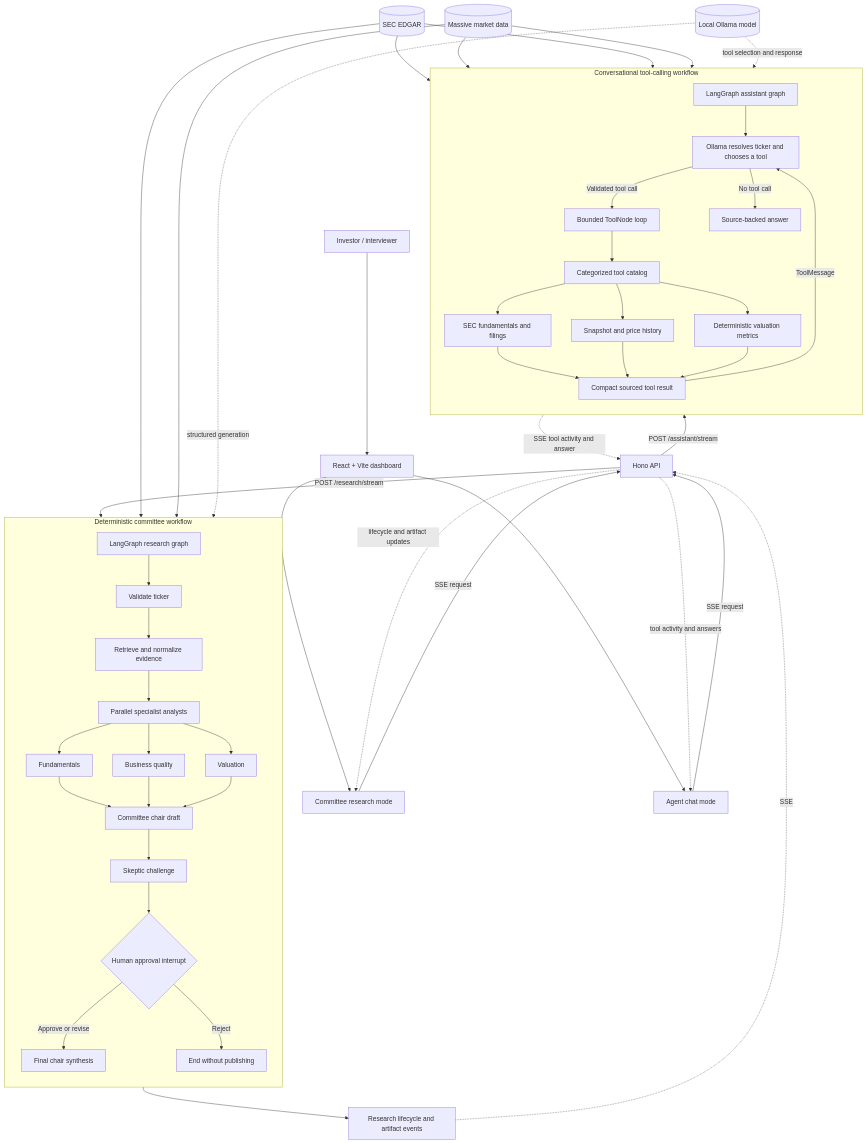
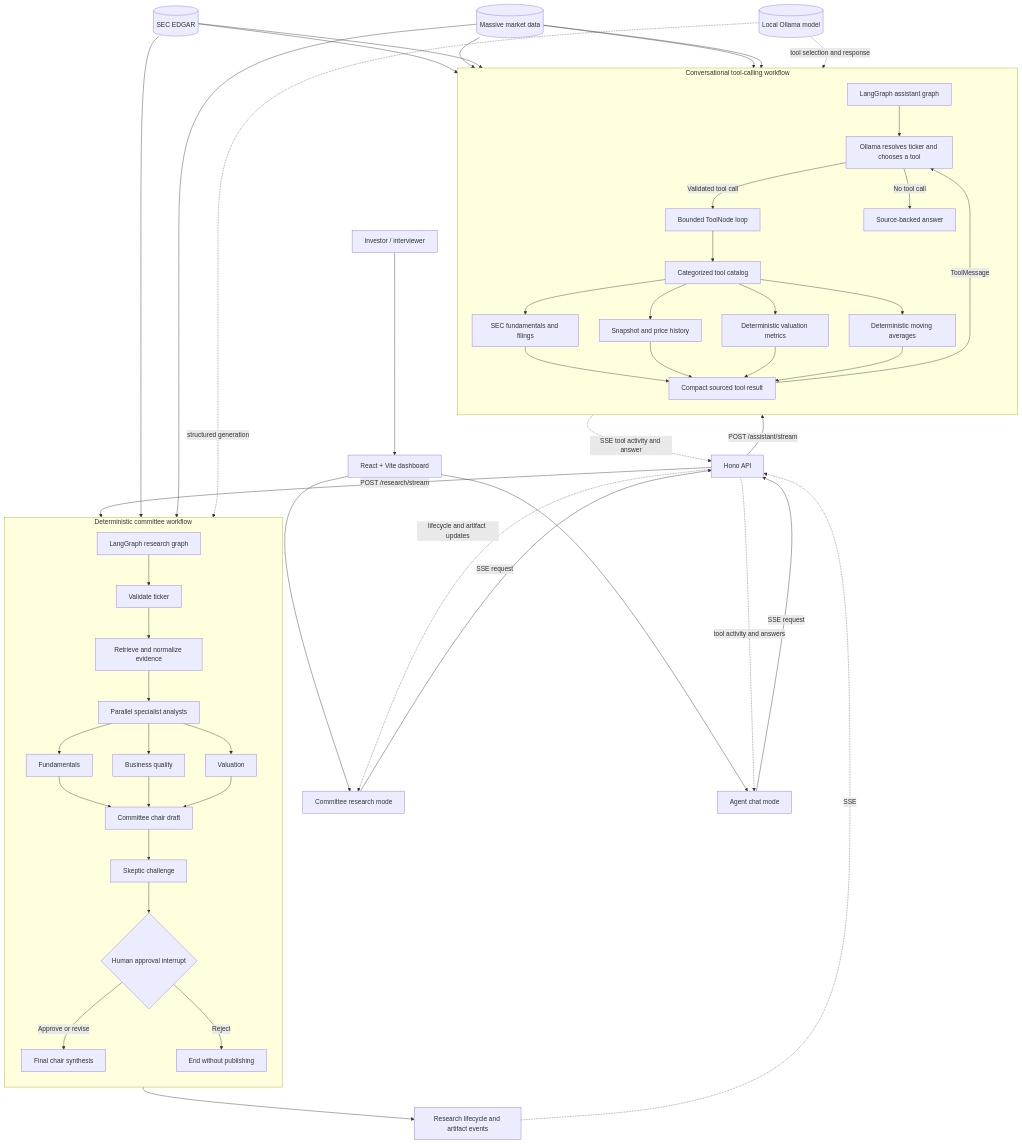
Before and after one commit to YuFanDeng/investment-research-committee: the diagram in README.md, drawn with Mermaid. The commit also changed other lines of this file and 16 other files, not shown here.

Commit message:
Add moving average analysis tool

````diff
--- a/README.md
+++ b/README.md
@@ -21,58 +21,61 @@
 ```mermaid
 flowchart TB
     User[Investor / interviewer] --> Web[React + Vite dashboard]
     Web --> CommitteeUI[Committee research mode]
     Web --> AgentUI[Agent chat mode]
     CommitteeUI -->|SSE request| API[Hono API]
     AgentUI -->|SSE request| API
 
     subgraph Committee[Deterministic committee workflow]
         direction TB
         ResearchGraph[LangGraph research graph] --> Validate[Validate ticker]
         Validate --> Evidence[Retrieve and normalize evidence]
         Evidence --> Analysts[Parallel specialist analysts]
         Analysts --> Fundamentals[Fundamentals]
         Analysts --> Business[Business quality]
         Analysts --> Valuation[Valuation]
         Fundamentals --> Draft[Committee chair draft]
         Business --> Draft
         Valuation --> Draft
         Draft --> Skeptic[Skeptic challenge]
         Skeptic --> Approval{Human approval interrupt}
         Approval -->|Approve or revise| Final[Final chair synthesis]
         Approval -->|Reject| Rejected[End without publishing]
     end
 
     subgraph Assistant[Conversational tool-calling workflow]
         direction TB
         AgentGraph[LangGraph assistant graph] --> Model[Ollama resolves ticker and chooses a tool]
         Model -->|Validated tool call| ToolNode[Bounded ToolNode loop]
         ToolNode --> Catalog[Categorized tool catalog]
         Catalog --> SecTools[SEC fundamentals and filings]
         Catalog --> MarketTools[Snapshot and price history]
         Catalog --> ValuationTools[Deterministic valuation metrics]
+        Catalog --> TechnicalTools[Deterministic moving averages]
         SecTools --> ToolResult[Compact sourced tool result]
         MarketTools --> ToolResult
         ValuationTools --> ToolResult
+        TechnicalTools --> ToolResult
         ToolResult -->|ToolMessage| Model
         Model -->|No tool call| Answer[Source-backed answer]
     end
 
     API -->|POST /research/stream| ResearchGraph
     API -->|POST /assistant/stream| AgentGraph
 
     SEC[(SEC EDGAR)] --> Evidence
     Massive[(Massive market data)] --> Evidence
     SEC --> SecTools
     Massive --> MarketTools
     SEC --> ValuationTools
     Massive --> ValuationTools
+    Massive --> TechnicalTools
     Ollama[(Local Ollama model)] -. structured generation .-> Analysts
     Ollama -. tool selection and response .-> Model
 
     Final --> ResearchEvents[Research lifecycle and artifact events]
     ResearchEvents -. SSE .-> API
     Answer -. SSE tool activity and answer .-> API
     API -. lifecycle and artifact updates .-> CommitteeUI
     API -. tool activity and answers .-> AgentUI
 ```
````
